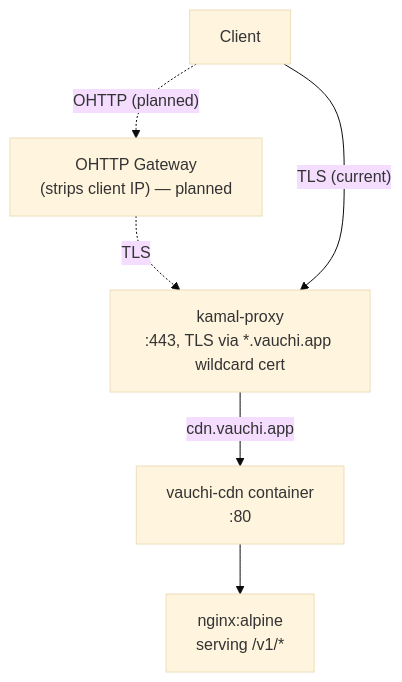
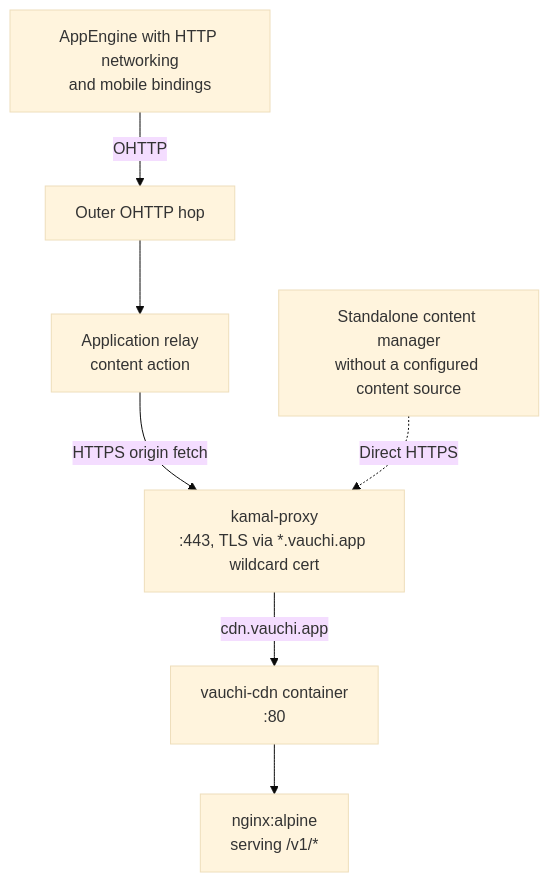
The first of 2 diagrams in cdn/SETUP.md (vauchi/website), drawn with Mermaid (base theme) before and after one commit. The commit also changed other lines of this file, not shown here.

````diff
--- a/cdn/SETUP.md
+++ b/cdn/SETUP.md
@@ -10,13 +11,16 @@
 ```mermaid
 flowchart TB
-    Client["Client"]
-    Gateway["OHTTP Gateway<br/>(strips client IP) — planned"]
+    Client["AppEngine with HTTP networking<br/>and mobile bindings"]
+    Hop["Outer OHTTP hop"]
+    Relay["Application relay<br/>content action"]
+    Standalone["Standalone content manager<br/>without a configured content source"]
     Proxy["kamal-proxy<br/>:443, TLS via *.vauchi.app wildcard cert"]
     Container["vauchi-cdn container<br/>:80"]
     Nginx["nginx:alpine<br/>serving /v1/*"]
-    Client -. "OHTTP (planned)" .-> Gateway
-    Gateway -. TLS .-> Proxy
-    Client -- "TLS (current)" --> Proxy
+    Client -- OHTTP --> Hop
+    Hop --> Relay
+    Relay -- "HTTPS origin fetch" --> Proxy
+    Standalone -. "Direct HTTPS" .-> Proxy
     Proxy -- "cdn.vauchi.app" --> Container
     Container --> Nginx
 ```
````
